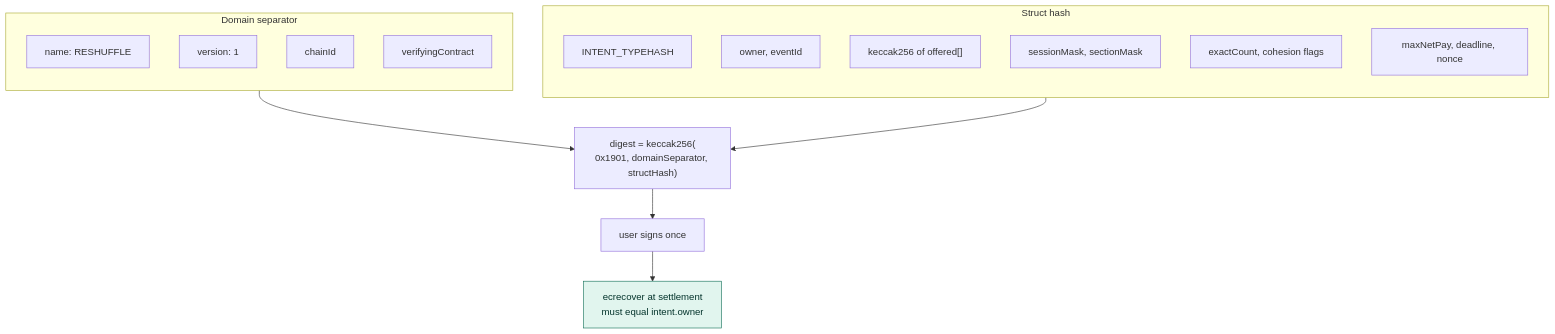
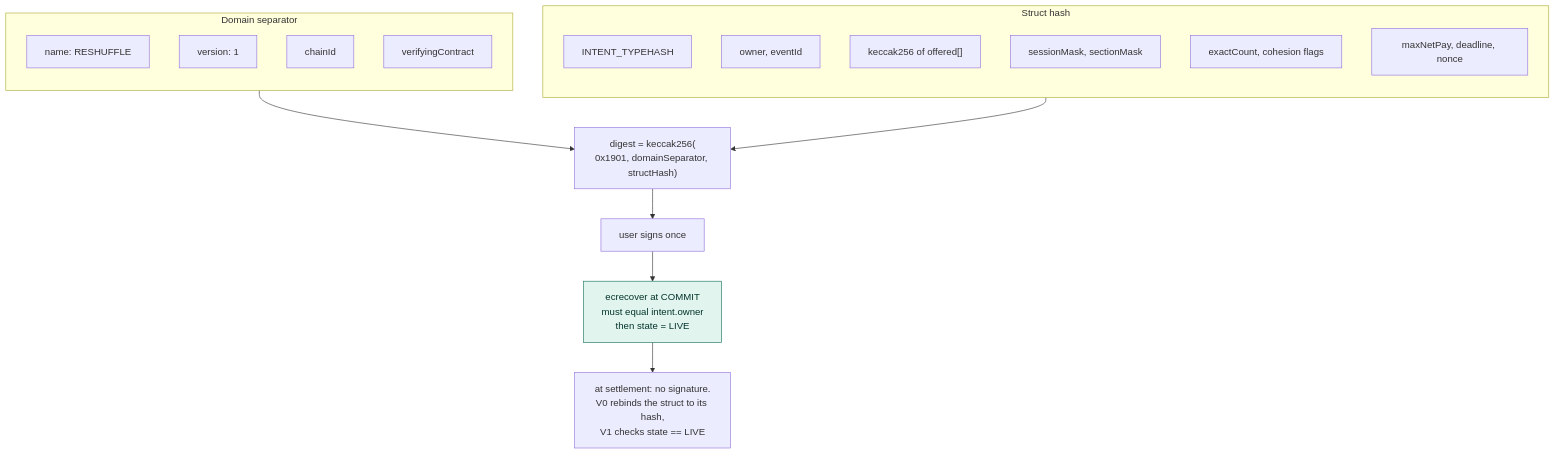
Before and after one commit to angelphoon7/online2026: diagram 16 of 26 in README.md, drawn with Mermaid. The commit also changed other lines of this file and 6 other files, not shown here.

````diff
--- a/README.md
+++ b/README.md
@@ -466,28 +495,29 @@
 ```mermaid
 flowchart TB
     subgraph D["Domain separator"]
         direction TB
         D1["name: RESHUFFLE"]
         D2["version: 1"]
         D3["chainId"]
         D4["verifyingContract"]
     end
 
     subgraph H["Struct hash"]
         direction TB
         H1["INTENT_TYPEHASH"]
         H2["owner, eventId"]
         H3["keccak256 of offered[]"]
         H4["sessionMask, sectionMask"]
         H5["exactCount, cohesion flags"]
         H6["maxNetPay, deadline, nonce"]
     end
 
     D --> DIG["digest = keccak256(<br/>0x1901, domainSeparator, structHash)"]
     H --> DIG
     DIG --> SIG["user signs once"]
-    SIG --> REC["ecrecover at settlement<br/>must equal intent.owner"]
+    SIG --> REC["ecrecover at COMMIT<br/>must equal intent.owner<br/>then state = LIVE"]
+    REC --> SET["at settlement: no signature.<br/>V0 rebinds the struct to its hash,<br/>V1 checks state == LIVE"]
 
     classDef ok fill:#E1F5EE,stroke:#0F6E56,stroke-width:1px,color:#04342C
     class REC ok
 ```
````
